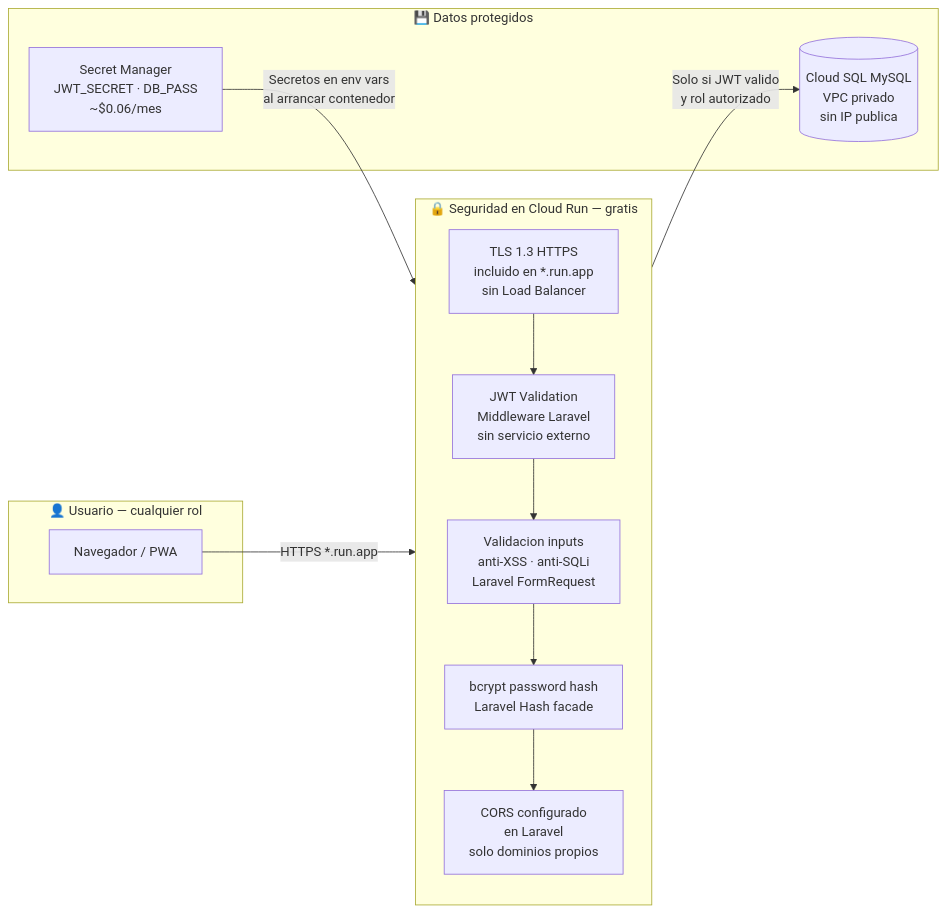
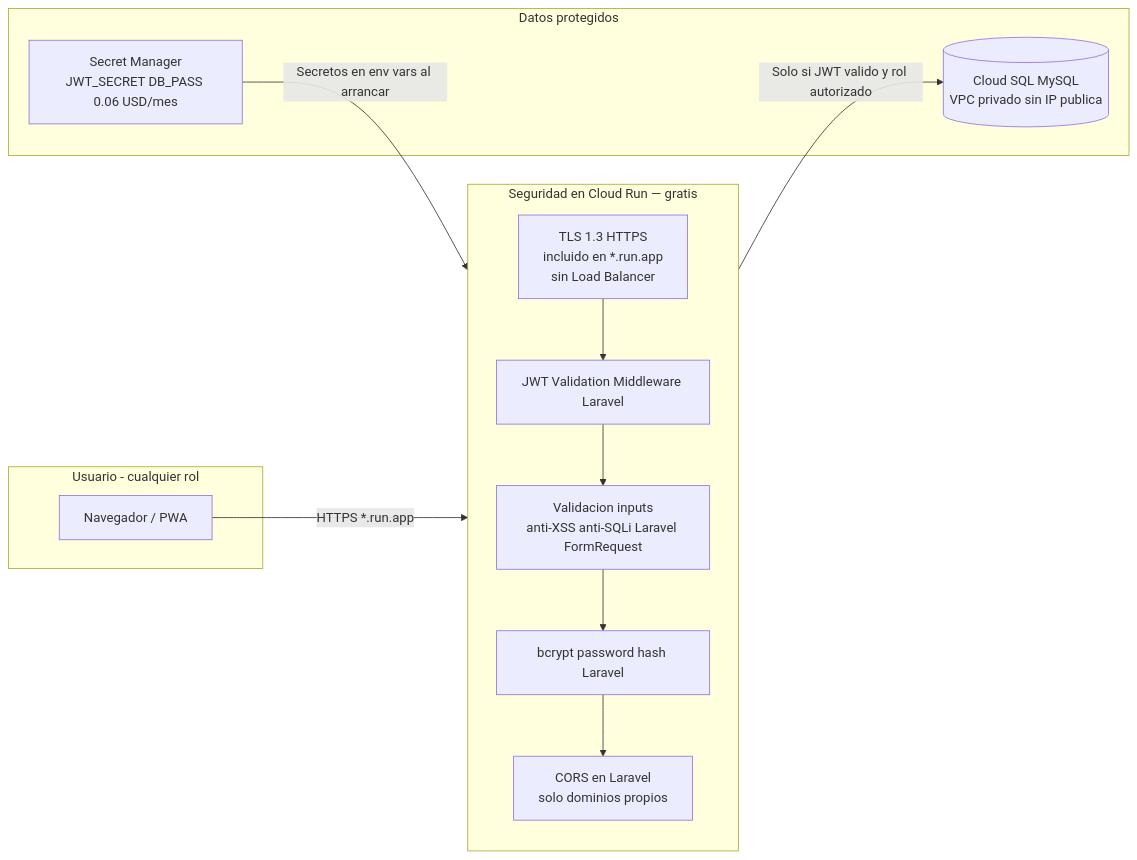
One commit to UNIPI6TO/PI-ECOMMERCE-FRITOLAY changed diagram 23 of 23 in docs/especificacion.md. Above: the diagram before and after it, drawn with Mermaid. The commit also changed other lines of this file, not shown here.

````diff
--- a/docs/especificacion.md
+++ b/docs/especificacion.md
@@ -2104,28 +2110,28 @@
 ```mermaid
 flowchart LR
-    subgraph Usuario["👤 Usuario — cualquier rol"]
+    subgraph Usuario["Usuario - cualquier rol"]
         BROWSER["Navegador / PWA"]
     end
 
-    subgraph CR_SEC["🔒 Seguridad en Cloud Run — gratis"]
+    subgraph CR_SEC["Seguridad en Cloud Run — gratis"]
         direction TB
         TLS["TLS 1.3 HTTPS\nincluido en *.run.app\nsin Load Balancer"]
-        JWT_V["JWT Validation\nMiddleware Laravel\nsin servicio externo"]
-        VAL["Validacion inputs\nanti-XSS · anti-SQLi\nLaravel FormRequest"]
-        HASH["bcrypt password hash\nLaravel Hash facade"]
-        CORS["CORS configurado\nen Laravel\nsolo dominios propios"]
+        JWT_V["JWT Validation Middleware Laravel"]
+        VAL["Validacion inputs\nanti-XSS anti-SQLi Laravel FormRequest"]
+        HASH["bcrypt password hash Laravel"]
+        CORS["CORS en Laravel\nsolo dominios propios"]
     end
 
-    subgraph DATA["💾 Datos protegidos"]
-        SM2["Secret Manager\nJWT_SECRET · DB_PASS\n~$0.06/mes"]
-        DB2[("Cloud SQL MySQL\nVPC privado\nsin IP publica")]
+    subgraph DATA["Datos protegidos"]
+        SM2["Secret Manager\nJWT_SECRET DB_PASS 0.06 USD/mes"]
+        DB2[("Cloud SQL MySQL\nVPC privado sin IP publica")]
     end
 
     BROWSER -->|"HTTPS *.run.app"| TLS
     TLS --> JWT_V
     JWT_V --> VAL
     VAL --> HASH
     HASH --> CORS
-    CORS -->|"Solo si JWT valido\ny rol autorizado"| DB2
-    SM2 -->|"Secretos en env vars\nal arrancar contenedor"| JWT_V
+    CORS -->|"Solo si JWT valido y rol autorizado"| DB2
+    SM2 -->|"Secretos en env vars al arrancar"| JWT_V
 ```
````
